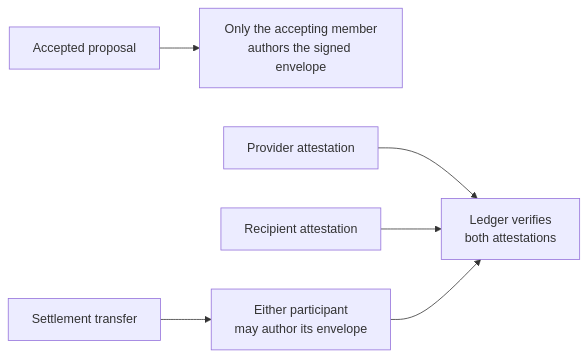
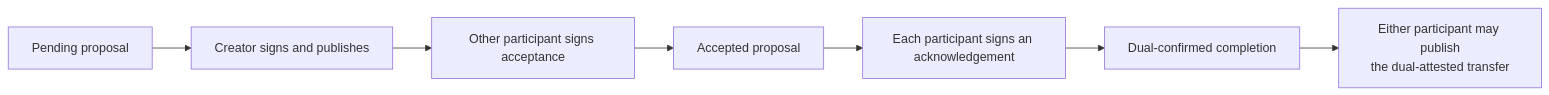
One commit to matthewlovestocode/peer-hours changed the diagram in docs/education/25-who-authors-a-record.md. Above: the diagram before and after it, drawn with Mermaid. The commit also changed other lines of this file and 62 other files, not shown here.

````diff
--- a/docs/education/25-who-authors-a-record.md
+++ b/docs/education/25-who-authors-a-record.md
@@ -5,8 +8,9 @@
 ```mermaid
 flowchart LR
-    A["Accepted proposal"] --> B["Only the accepting member\nauthors the signed envelope"]
-    T["Settlement transfer"] --> S["Either participant\nmay author its envelope"]
-    P["Provider attestation"] --> V["Ledger verifies\nboth attestations"]
-    R["Recipient attestation"] --> V
-    S --> V
+  P["Pending proposal"] --> PC["Creator signs and publishes"]
+  PC --> PA["Other participant signs acceptance"]
+  PA --> A["Accepted proposal"]
+  A --> X["Each participant signs an acknowledgement"]
+  X --> D["Dual-confirmed completion"]
+  D --> T["Either participant may publish\nthe dual-attested transfer"]
 ```
````
